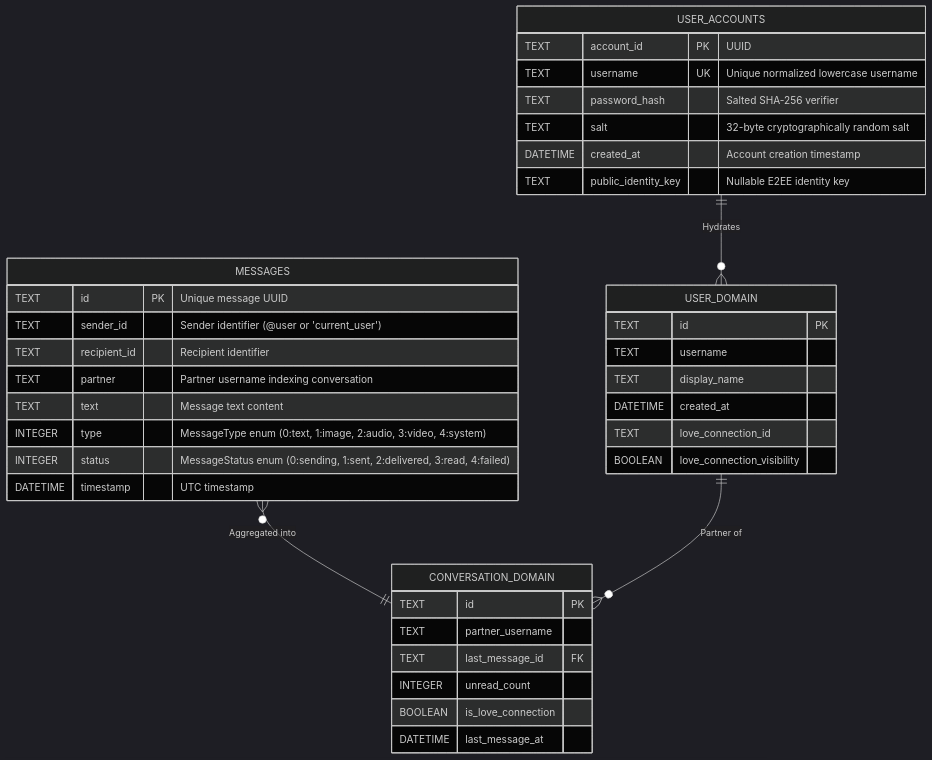
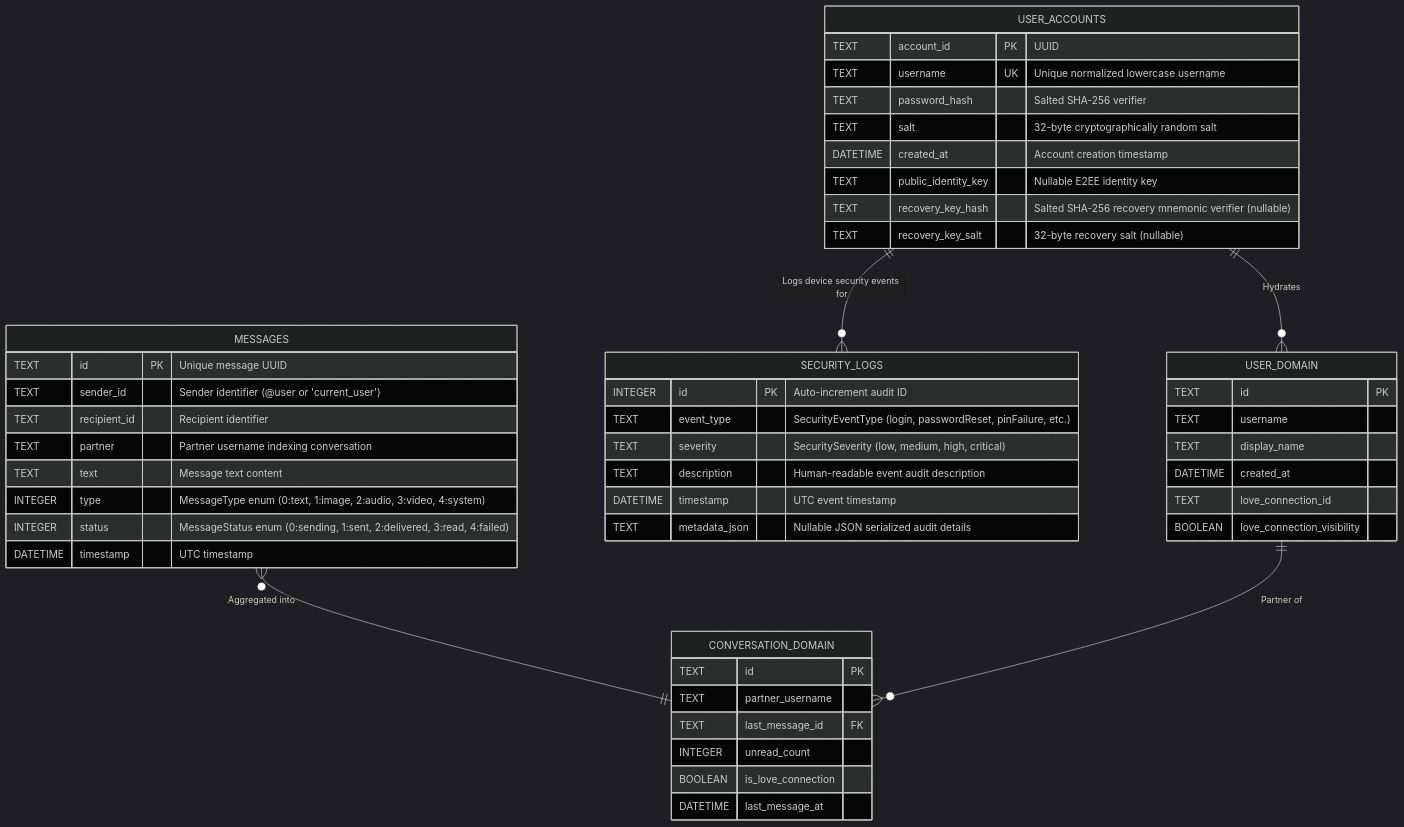
Before and after one commit to nazmulfahim3010/ourPlace: the ninth of 10 diagrams in diagram.md, drawn with Mermaid (dark theme). The commit also changed other lines of this file and 2 other files, not shown here.

````diff
--- a/diagram.md
+++ b/diagram.md
@@ -415,44 +430,56 @@
 ```mermaid
 erDiagram
     USER_ACCOUNTS {
         TEXT account_id PK "UUID"
         TEXT username UK "Unique normalized lowercase username"
         TEXT password_hash "Salted SHA-256 verifier"
         TEXT salt "32-byte cryptographically random salt"
         DATETIME created_at "Account creation timestamp"
         TEXT public_identity_key "Nullable E2EE identity key"
+        TEXT recovery_key_hash "Salted SHA-256 recovery mnemonic verifier (nullable)"
+        TEXT recovery_key_salt "32-byte recovery salt (nullable)"
     }
 
     MESSAGES {
         TEXT id PK "Unique message UUID"
         TEXT sender_id "Sender identifier (@user or 'current_user')"
         TEXT recipient_id "Recipient identifier"
         TEXT partner "Partner username indexing conversation"
         TEXT text "Message text content"
         INTEGER type "MessageType enum (0:text, 1:image, 2:audio, 3:video, 4:system)"
         INTEGER status "MessageStatus enum (0:sending, 1:sent, 2:delivered, 3:read, 4:failed)"
         DATETIME timestamp "UTC timestamp"
+    }
+
+    SECURITY_LOGS {
+        INTEGER id PK "Auto-increment audit ID"
+        TEXT event_type "SecurityEventType (login, passwordReset, pinFailure, etc.)"
+        TEXT severity "SecuritySeverity (low, medium, high, critical)"
+        TEXT description "Human-readable event audit description"
+        DATETIME timestamp "UTC event timestamp"
+        TEXT metadata_json "Nullable JSON serialized audit details"
     }
 
     CONVERSATION_DOMAIN {
         TEXT id PK
         TEXT partner_username
         TEXT last_message_id FK
         INTEGER unread_count
         BOOLEAN is_love_connection
         DATETIME last_message_at
     }
 
     USER_DOMAIN {
         TEXT id PK
         TEXT username
         TEXT display_name
         DATETIME created_at
         TEXT love_connection_id
         BOOLEAN love_connection_visibility
     }
 
     USER_ACCOUNTS ||--o{ USER_DOMAIN : "Hydrates"
+    USER_ACCOUNTS ||--o{ SECURITY_LOGS : "Logs device security events for"
     MESSAGES }o--|| CONVERSATION_DOMAIN : "Aggregated into"
     USER_DOMAIN ||--o{ CONVERSATION_DOMAIN : "Partner of"
 ```
````
